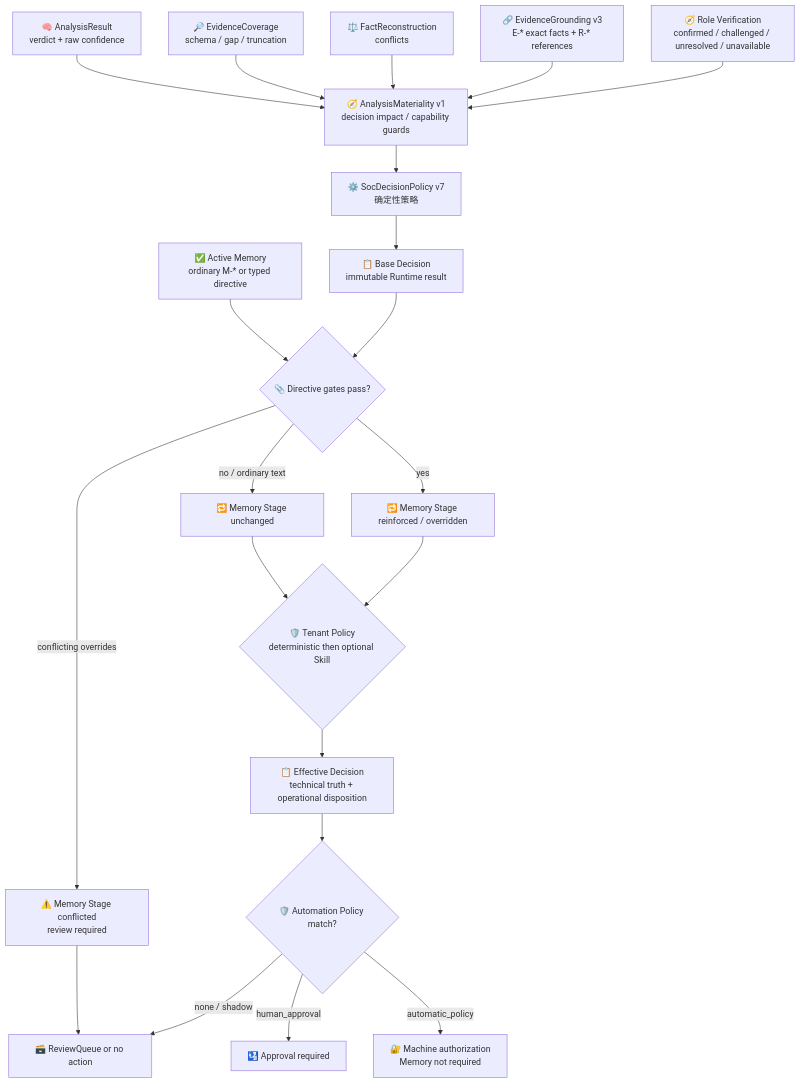
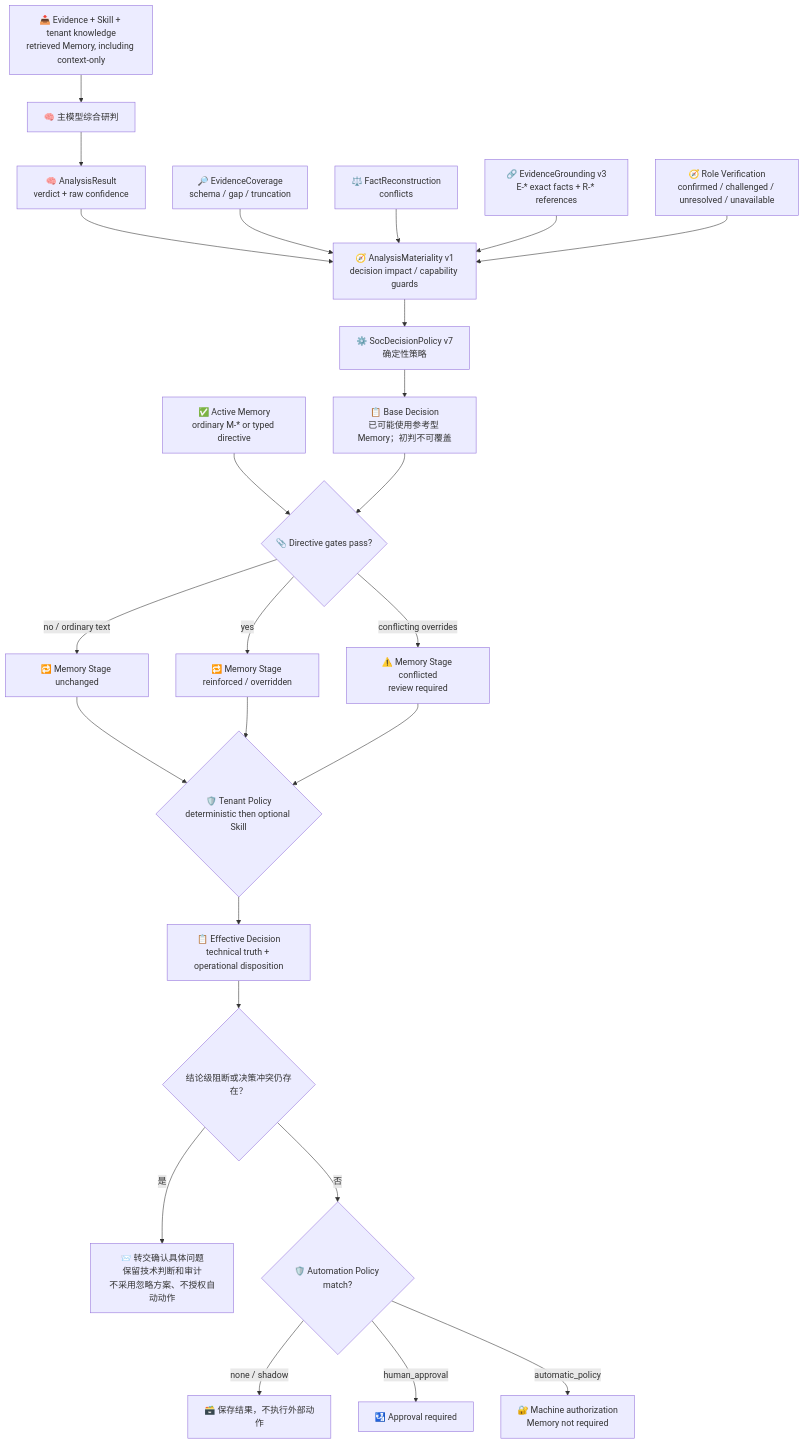
The fifth of 23 diagrams in .notes/ai_soc/alert-lifecycle-flow.md (yydspanda/deer-flow), drawn with Mermaid before and after one commit. The commit also changed other lines of this file and 42 other files, not shown here.

````diff
--- a/.notes/ai_soc/alert-lifecycle-flow.md
+++ b/.notes/ai_soc/alert-lifecycle-flow.md
@@ -410,23 +412,27 @@
 ```mermaid
 flowchart TD
-    A["🧠 AnalysisResult<br/>verdict + raw confidence"] --> MAT["🧭 AnalysisMateriality v1<br/>decision impact / capability guards"]
+    CTX["📥 Evidence + Skill + tenant knowledge<br/>retrieved Memory, including context-only"] --> LLM["🧠 主模型综合研判"]
+    LLM --> A["🧠 AnalysisResult<br/>verdict + raw confidence"]
+    A --> MAT["🧭 AnalysisMateriality v1<br/>decision impact / capability guards"]
     C["🔎 EvidenceCoverage<br/>schema / gap / truncation"] --> MAT
     D["⚖️ FactReconstruction<br/>conflicts"] --> MAT
     GR["🔗 EvidenceGrounding v3<br/>E-* exact facts + R-* references"] --> MAT
     RV["🧭 Role Verification<br/>confirmed / challenged / unresolved / unavailable"] --> MAT
     MAT --> B["⚙️ SocDecisionPolicy v7<br/>确定性策略"]
-    B --> E["📋 Base Decision<br/>immutable Runtime result"]
+    B --> E["📋 Base Decision<br/>已可能使用参考型 Memory；初判不可覆盖"]
     M["✅ Active Memory<br/>ordinary M-* or typed directive"] --> T{"📎 Directive gates pass?"}
     E --> T
     T -->|"no / ordinary text"| U["🔁 Memory Stage unchanged"]
     T -->|"yes"| V["🔁 Memory Stage reinforced / overridden"]
     T -->|"conflicting overrides"| W["⚠️ Memory Stage conflicted<br/>review required"]
     U --> TP{"🛡️ Tenant Policy<br/>deterministic then optional Skill"}
     V --> TP
+    W --> TP
     TP --> F["📋 Effective Decision<br/>technical truth + operational disposition"]
-    F --> P{"🛡️ Automation Policy match?"}
-    W --> Q
-    P -->|"none / shadow"| Q["🗃️ ReviewQueue or no action"]
+    F --> G{"结论级阻断或决策冲突仍存在？"}
+    G -->|"是"| BQ["📨 转交确认具体问题<br/>保留技术判断和审计<br/>不采用忽略方案、不授权自动动作"]
+    G -->|"否"| P{"🛡️ Automation Policy match?"}
+    P -->|"none / shadow"| Q["🗃️ 保存结果，不执行外部动作"]
     P -->|"human_approval"| H["🛂 Approval required"]
     P -->|"automatic_policy"| X["🔐 Machine authorization<br/>Memory not required"]
 ```
````
